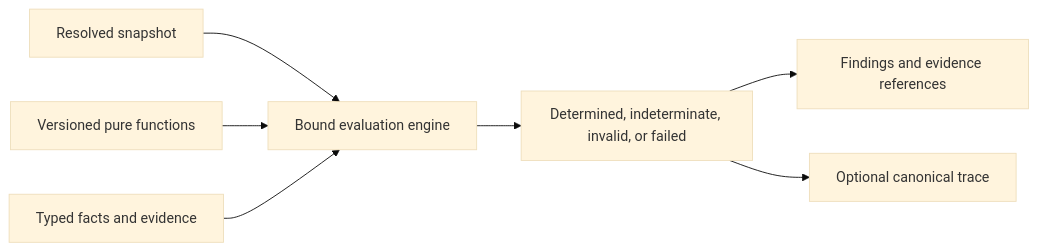
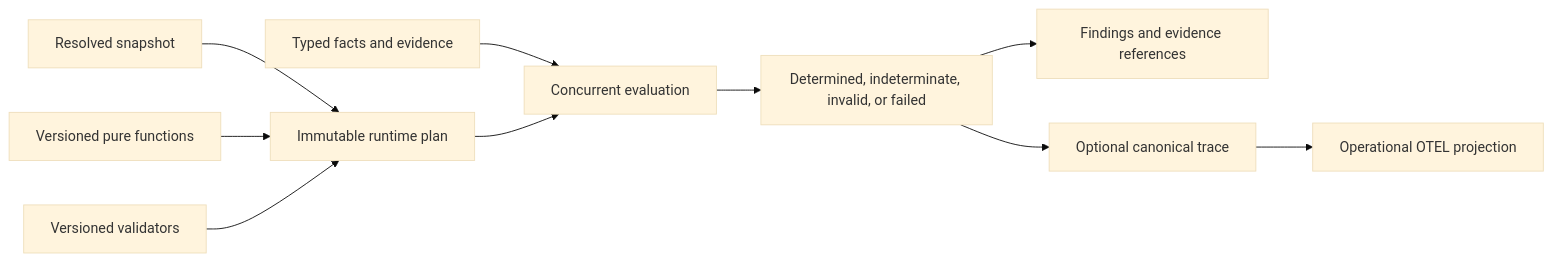
Before and after one commit to Allann/Modeller.Next: the sixth of 11 diagrams in docs/architecture/architecture-101.md, drawn with Mermaid (base theme). The commit also changed other lines of this file and 11 other files, not shown here.

````diff
--- a/docs/architecture/architecture-101.md
+++ b/docs/architecture/architecture-101.md
@@ -166,9 +199,12 @@
 ```mermaid
 flowchart LR
-    Snapshot[Resolved snapshot] --> Engine[Bound evaluation engine]
-    Functions[Versioned pure functions] --> Engine
-    Request[Typed facts and evidence] --> Engine
-    Engine --> Result[Determined, indeterminate, invalid, or failed]
+    Snapshot[Resolved snapshot] --> Plan[Immutable runtime plan]
+    Functions[Versioned pure functions] --> Plan
+    Validators[Versioned validators] --> Plan
+    Request[Typed facts and evidence] --> Evaluate[Concurrent evaluation]
+    Plan --> Evaluate
+    Evaluate --> Result[Determined, indeterminate, invalid, or failed]
     Result --> Findings[Findings and evidence references]
     Result --> Trace[Optional canonical trace]
+    Trace --> OTEL[Operational OTEL projection]
 ```
````
